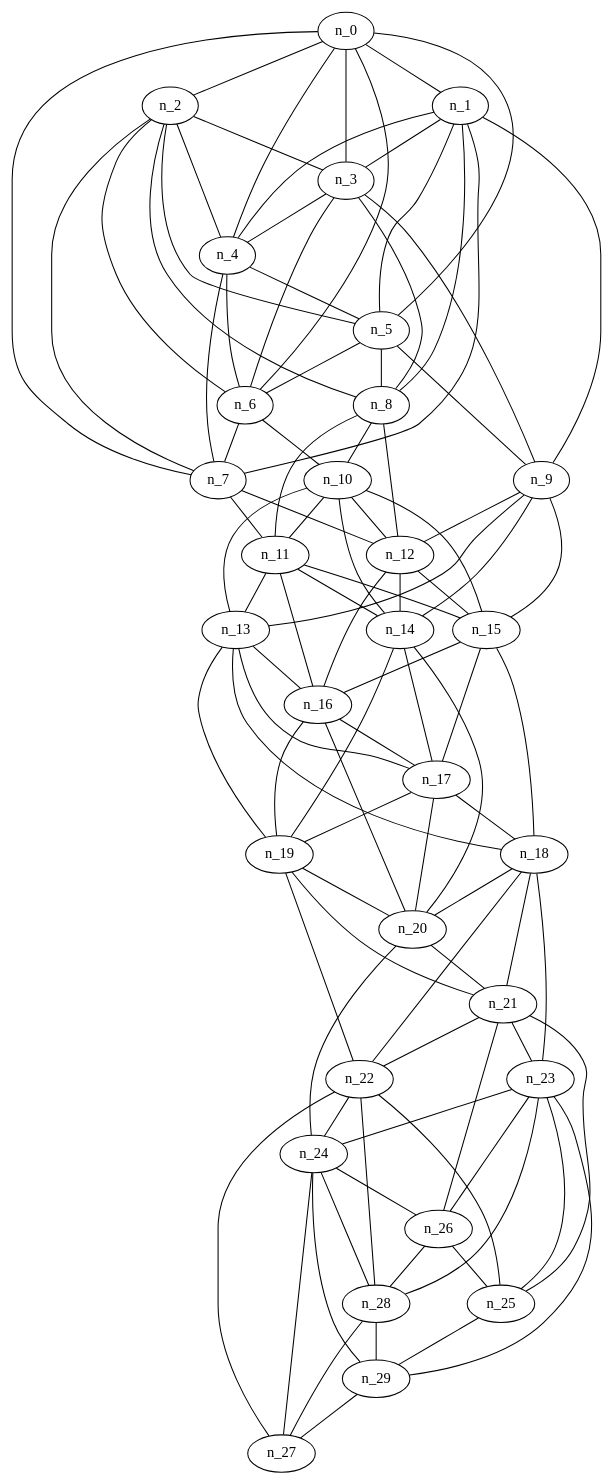
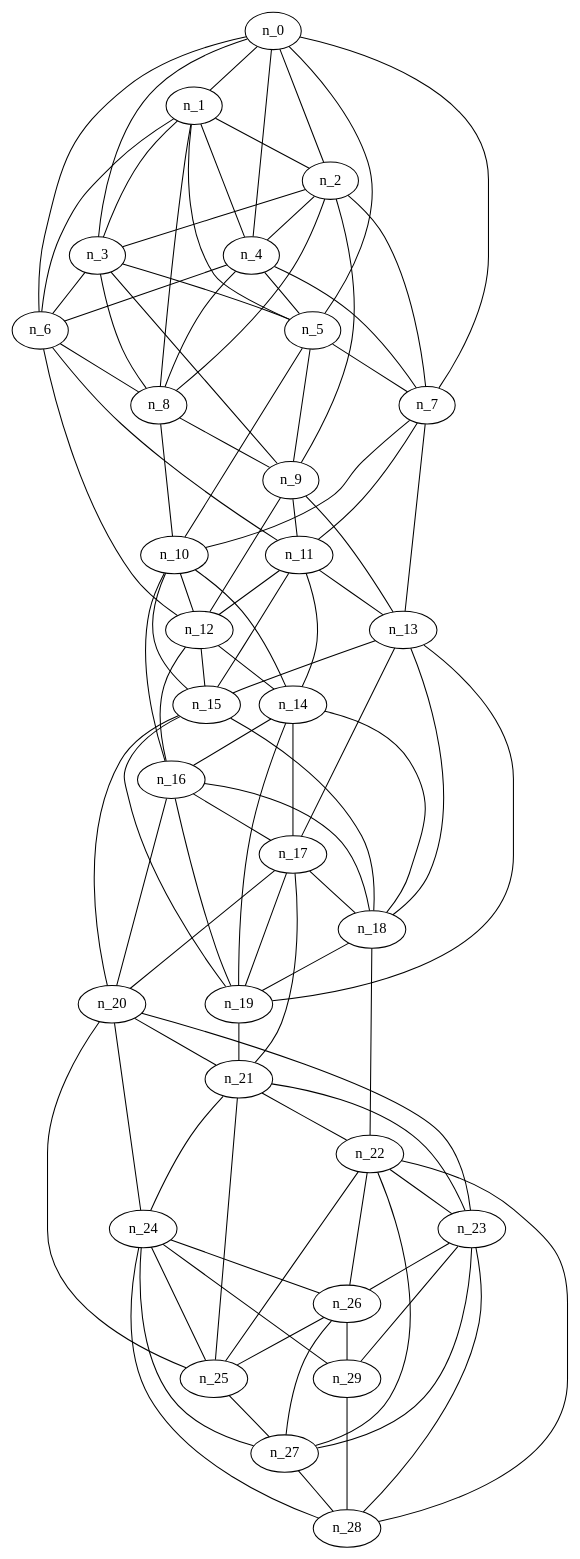
Before and after one commit to AkatzinBH/DAA: the diagram in Proyecto2/30 Nodos/Barabasi/grafoBarabasi_30_7.gv, drawn with Graphviz. The commit also changed 3 other files, not shown here.

```diff
--- a/Proyecto2/30 Nodos/Barabasi/grafoBarabasi_30_7.gv
+++ b/Proyecto2/30 Nodos/Barabasi/grafoBarabasi_30_7.gv
@@ -1,132 +1,133 @@
 graph grafoBarabasi_30_7  {
 n_0;
 n_1;
 n_2;
 n_3;
 n_4;
 n_5;
 n_6;
 n_7;
 n_8;
 n_9;
 n_10;
 n_11;
 n_12;
 n_13;
 n_14;
 n_15;
 n_16;
 n_17;
 n_18;
 n_19;
 n_20;
 n_21;
 n_22;
 n_23;
 n_24;
 n_25;
 n_26;
 n_27;
 n_28;
 n_29;
 n_0 -- n_1;
 n_0 -- n_2;
 n_0 -- n_3;
 n_0 -- n_4;
 n_0 -- n_5;
 n_0 -- n_6;
 n_0 -- n_7;
+n_1 -- n_2;
 n_1 -- n_3;
 n_1 -- n_4;
 n_1 -- n_5;
-n_1 -- n_7;
+n_1 -- n_6;
 n_1 -- n_8;
-n_1 -- n_9;
 n_2 -- n_3;
 n_2 -- n_4;
-n_2 -- n_5;
-n_2 -- n_6;
 n_2 -- n_7;
 n_2 -- n_8;
-n_3 -- n_4;
+n_2 -- n_9;
+n_3 -- n_5;
 n_3 -- n_6;
 n_3 -- n_8;
 n_3 -- n_9;
 n_4 -- n_5;
 n_4 -- n_6;
 n_4 -- n_7;
-n_5 -- n_6;
-n_5 -- n_8;
+n_4 -- n_8;
+n_5 -- n_7;
 n_5 -- n_9;
-n_6 -- n_7;
-n_6 -- n_10;
+n_5 -- n_10;
+n_6 -- n_8;
+n_6 -- n_11;
+n_6 -- n_12;
+n_7 -- n_10;
 n_7 -- n_11;
-n_7 -- n_12;
+n_7 -- n_13;
+n_8 -- n_9;
 n_8 -- n_10;
-n_8 -- n_11;
-n_8 -- n_12;
+n_9 -- n_11;
 n_9 -- n_12;
 n_9 -- n_13;
-n_9 -- n_14;
-n_9 -- n_15;
-n_10 -- n_11;
 n_10 -- n_12;
-n_10 -- n_13;
 n_10 -- n_14;
 n_10 -- n_15;
+n_10 -- n_16;
+n_11 -- n_12;
 n_11 -- n_13;
 n_11 -- n_14;
 n_11 -- n_15;
-n_11 -- n_16;
 n_12 -- n_14;
 n_12 -- n_15;
 n_12 -- n_16;
-n_13 -- n_16;
+n_13 -- n_15;
 n_13 -- n_17;
 n_13 -- n_18;
 n_13 -- n_19;
+n_14 -- n_16;
 n_14 -- n_17;
+n_14 -- n_18;
 n_14 -- n_19;
-n_14 -- n_20;
-n_15 -- n_16;
-n_15 -- n_17;
 n_15 -- n_18;
+n_15 -- n_19;
+n_15 -- n_20;
 n_16 -- n_17;
+n_16 -- n_18;
 n_16 -- n_19;
 n_16 -- n_20;
 n_17 -- n_18;
 n_17 -- n_19;
 n_17 -- n_20;
-n_18 -- n_20;
-n_18 -- n_21;
+n_17 -- n_21;
+n_18 -- n_19;
 n_18 -- n_22;
-n_18 -- n_23;
-n_19 -- n_20;
 n_19 -- n_21;
-n_19 -- n_22;
 n_20 -- n_21;
+n_20 -- n_23;
 n_20 -- n_24;
+n_20 -- n_25;
 n_21 -- n_22;
 n_21 -- n_23;
+n_21 -- n_24;
 n_21 -- n_25;
-n_21 -- n_26;
-n_22 -- n_24;
+n_22 -- n_23;
 n_22 -- n_25;
+n_22 -- n_26;
 n_22 -- n_27;
 n_22 -- n_28;
-n_23 -- n_24;
-n_23 -- n_25;
 n_23 -- n_26;
+n_23 -- n_27;
 n_23 -- n_28;
 n_23 -- n_29;
+n_24 -- n_25;
 n_24 -- n_26;
 n_24 -- n_27;
 n_24 -- n_28;
 n_24 -- n_29;
-n_25 -- n_29;
+n_25 -- n_27;
 n_26 -- n_25;
-n_26 -- n_28;
-n_28 -- n_27;
-n_28 -- n_29;
-n_29 -- n_27;
+n_26 -- n_29;
+n_27 -- n_26;
+n_27 -- n_28;
+n_29 -- n_28;
 }
```
